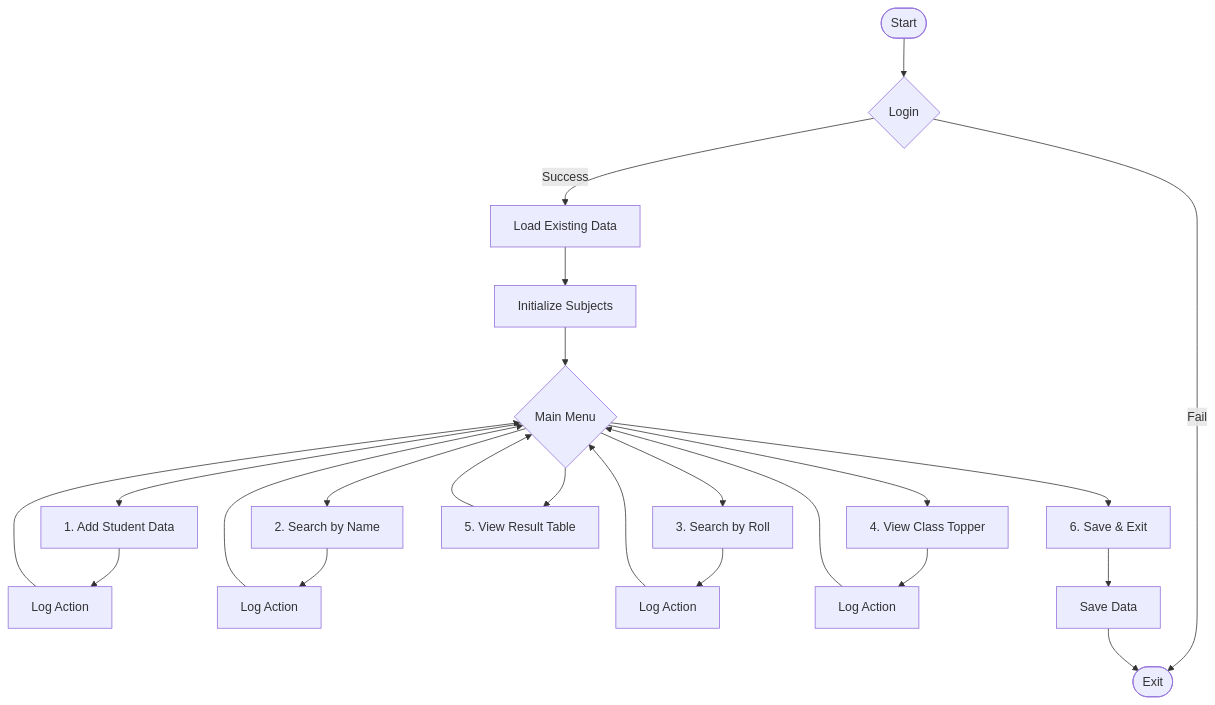
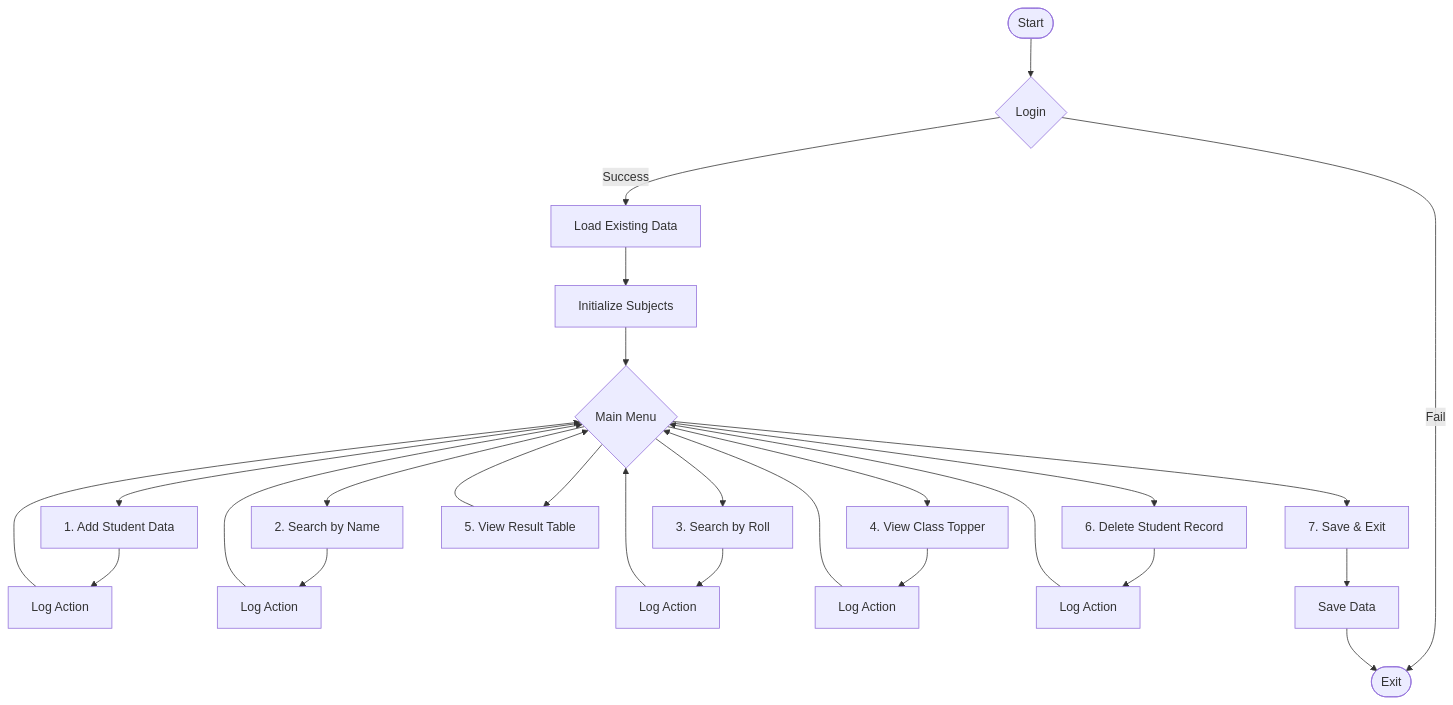
The diagram in README.md (cungthapeng001/StudentGradeBook), drawn with Mermaid before and after one commit. The commit also changed other lines of this file, not shown here.

````diff
--- a/README.md
+++ b/README.md
@@ -16,23 +29,25 @@
 ```mermaid
 graph TD
     Start([Start]) --> Login{Login}
     Login -- Fail --> End([Exit])
     Login -- Success --> Load[Load Existing Data]
     Load --> Subj[Initialize Subjects]
     Subj --> Menu{Main Menu}
     
     Menu --> Add[1. Add Student Data]
     Menu --> SearchN[2. Search by Name]
     Menu --> SearchR[3. Search by Roll]
     Menu --> Topper[4. View Class Topper]
     Menu --> Table[5. View Result Table]
-    Menu --> Exit[6. Save & Exit]
+    Menu --> Delete[6. Delete Student Record]
+    Menu --> Exit[7. Save & Exit]
     
     Add --> LogA[Log Action] --> Menu
     SearchN --> LogSN[Log Action] --> Menu
     SearchR --> LogSR[Log Action] --> Menu
     Topper --> LogT[Log Action] --> Menu
     Table --> Menu
+    Delete --> LogD[Log Action] --> Menu
     
     Exit --> Save[Save Data] --> End
 ```
````
